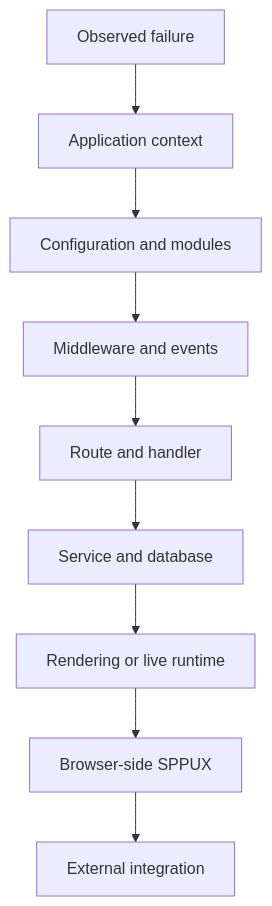
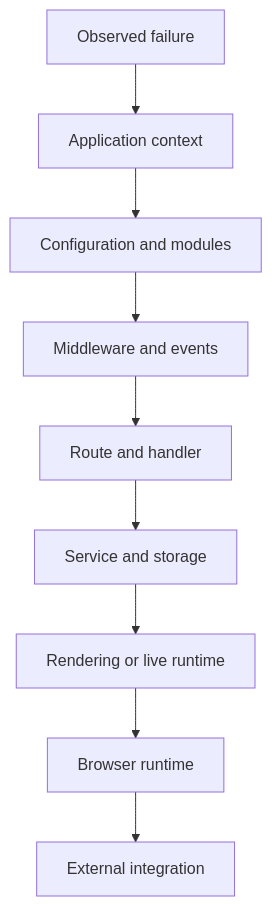
One commit to shuklasp/spp changed the second of 2 diagrams in documentation/handbook/20-testing-and-debugging.md. Above: the diagram before and after it, drawn with Mermaid. The commit also changed other lines of this file, not shown here.

````diff
--- a/documentation/handbook/20-testing-and-debugging.md
+++ b/documentation/handbook/20-testing-and-debugging.md
@@ -84,11 +84,11 @@
 ```mermaid
 flowchart TD
     A[Observed failure] --> B[Application context]
     B --> C[Configuration and modules]
     C --> D[Middleware and events]
     D --> E[Route and handler]
-    E --> F[Service and database]
+    E --> F[Service and storage]
     F --> G[Rendering or live runtime]
-    G --> H[Browser-side SPPUX]
+    G --> H[Browser runtime]
     H --> I[External integration]
 ```
````
